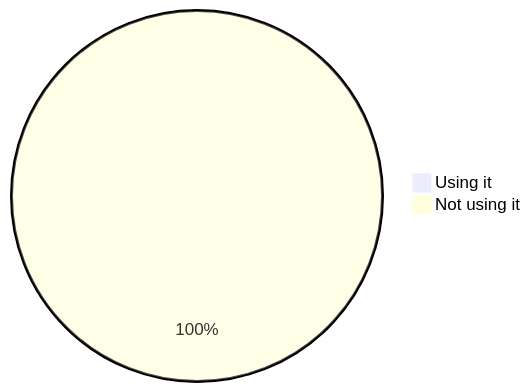
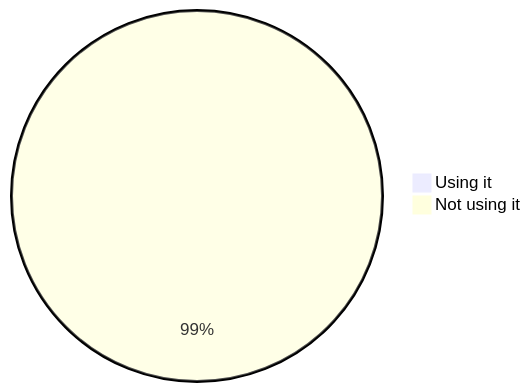
The tenth of 18 diagrams in stats.md (oshp/oshp-stats), drawn with Mermaid before and after one commit. The commit also changed other lines of this file and 1 other file, not shown here.

````diff
--- a/stats.md
+++ b/stats.md
@@ -116,6 +116,6 @@
 ```mermaid
 pie
-	"Using it" : 0.25
-	"Not using it" : 99.75
+	"Using it" : 0.95
+	"Not using it" : 99.05
 
 ```
````
